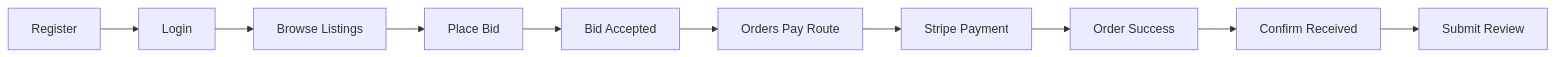
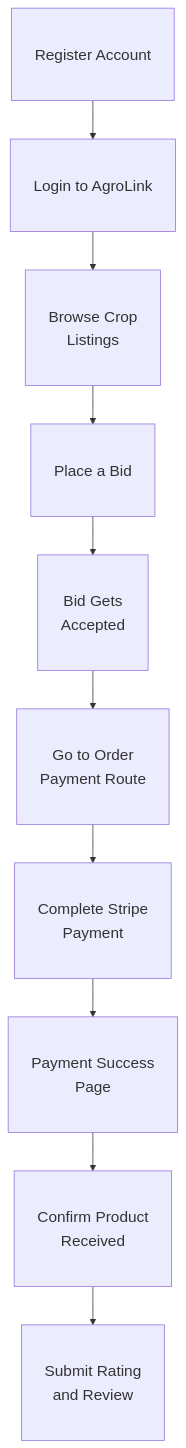
One commit to tareqferdous/agrolink-frontend changed the second of 4 diagrams in README.md. Above: the diagram before and after it, drawn with Mermaid. The commit also changed other lines of this file, not shown here.

````diff
--- a/README.md
+++ b/README.md
@@ -41,12 +46,17 @@
 ```mermaid
-flowchart LR
-	B1[Register] --> B2[Login]
-	B2 --> B3[Browse Listings]
-	B3 --> B4[Place Bid]
-	B4 --> B5[Bid Accepted]
-	B5 --> B6[Orders Pay Route]
-	B6 --> B7[Stripe Payment]
-	B7 --> B8[Order Success]
-	B8 --> B9[Confirm Received]
-	B9 --> B10[Submit Review]
+%%{init: {"themeVariables": {"fontSize": "20px"}}}%%
+flowchart TB
+	classDef big font-size:20px,padding:16px;
+
+	B1[Register Account] --> B2[Login to AgroLink]
+	B2 --> B3[Browse Crop<br/>Listings]
+	B3 --> B4[Place a Bid]
+	B4 --> B5[Bid Gets<br/>Accepted]
+	B5 --> B6[Go to Order<br/>Payment Route]
+	B6 --> B7[Complete Stripe<br/>Payment]
+	B7 --> B8[Payment Success<br/>Page]
+	B8 --> B9[Confirm Product<br/>Received]
+	B9 --> B10[Submit Rating<br/>and Review]
+
+	class B1,B2,B3,B4,B5,B6,B7,B8,B9,B10 big;
 ```
````
